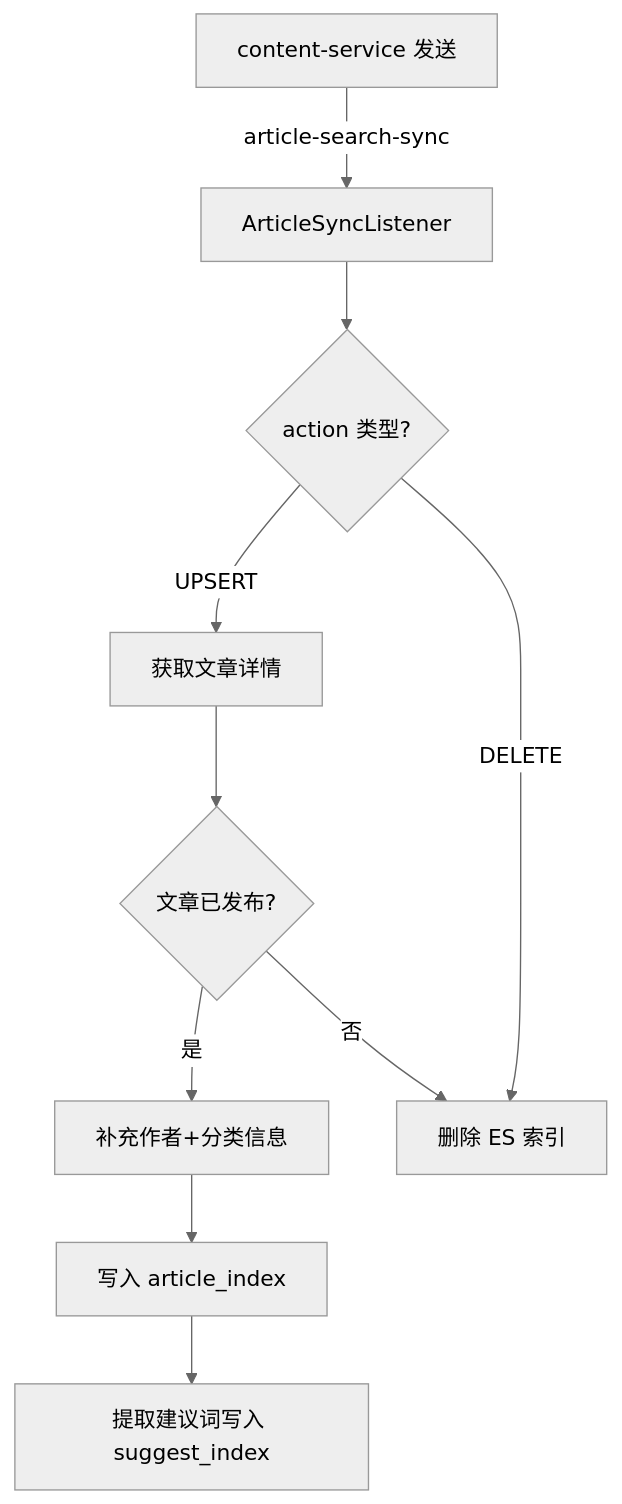
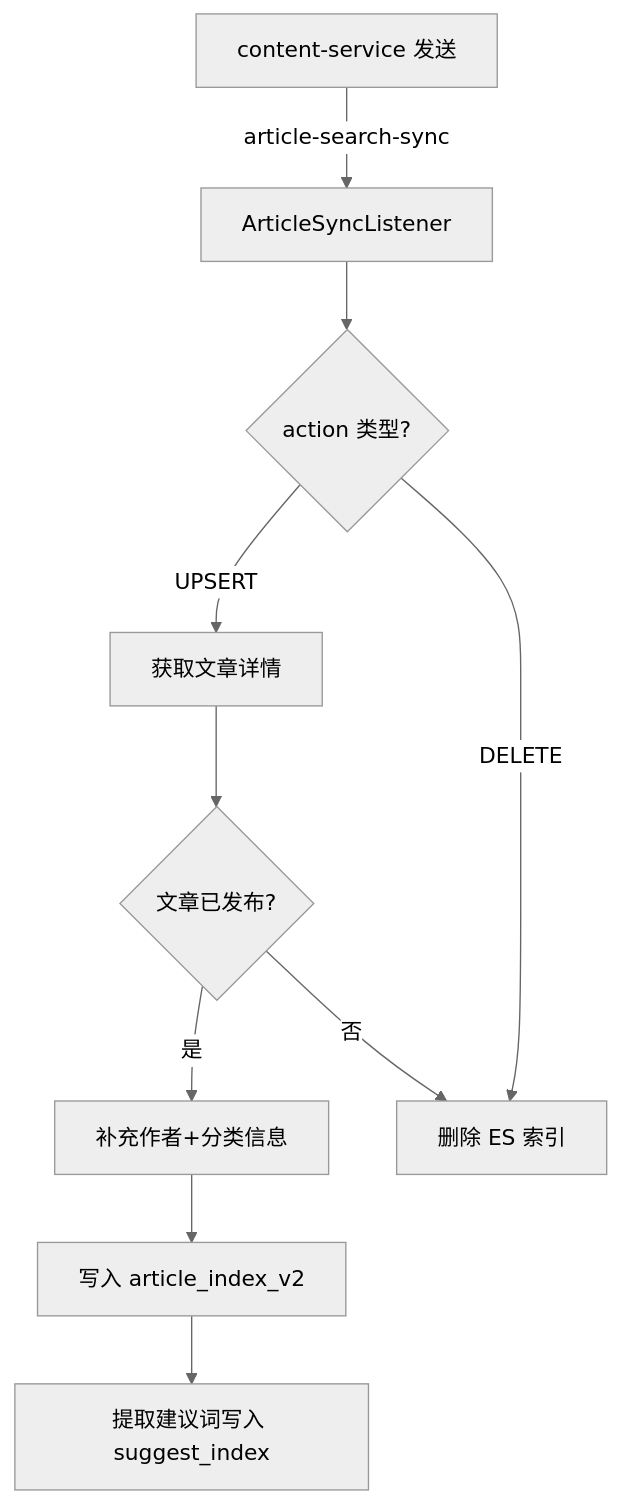
Before and after one commit to maa-hh/game-community-platform: the second of 4 diagrams in docs/v2/search-service.md, drawn with Mermaid (neutral theme). The commit also changed other lines of this file and 9 other files, not shown here.

````diff
--- a/docs/v2/search-service.md
+++ b/docs/v2/search-service.md
@@ -398,12 +398,12 @@
 ```mermaid
 flowchart TD
     A[content-service 发送] -->|article-search-sync| B[ArticleSyncListener]
     B --> C{action 类型?}
     C -->|UPSERT| D[获取文章详情]
     D --> E{文章已发布?}
     E -->|是| F[补充作者+分类信息]
-    F --> G[写入 article_index]
+    F --> G[写入 article_index_v2]
     G --> H[提取建议词写入 suggest_index]
     E -->|否| I[删除 ES 索引]
     C -->|DELETE| I
 ```
````
